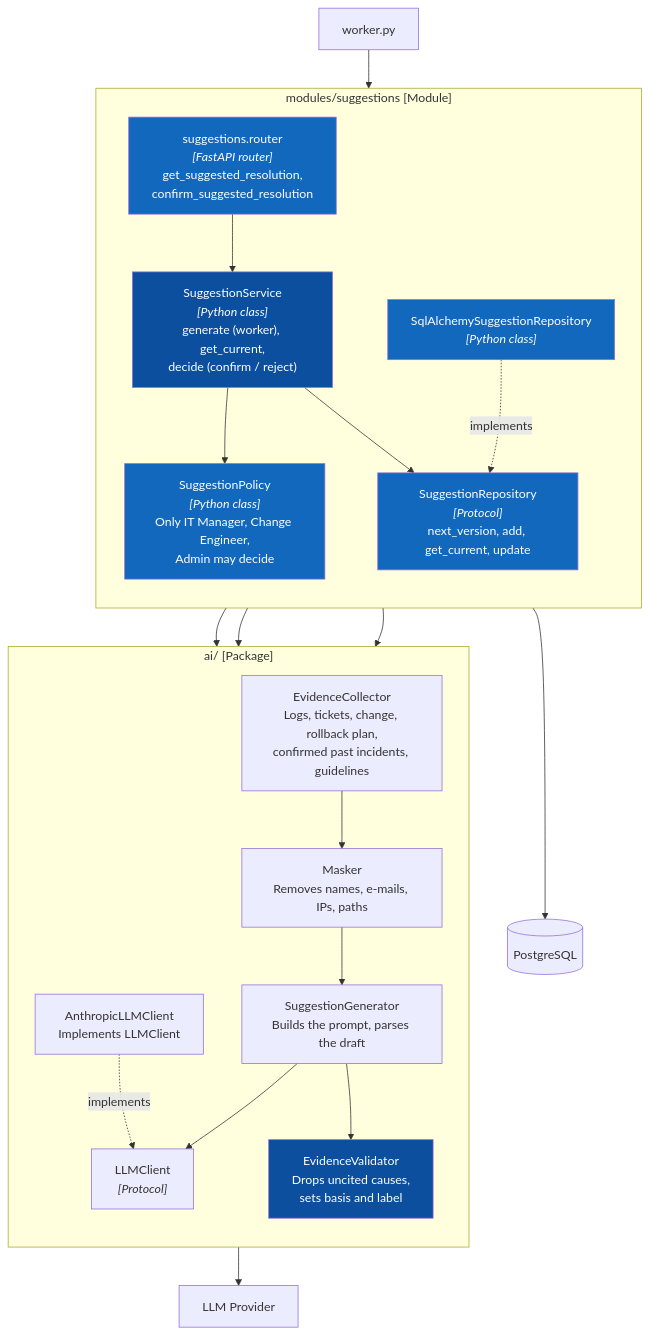
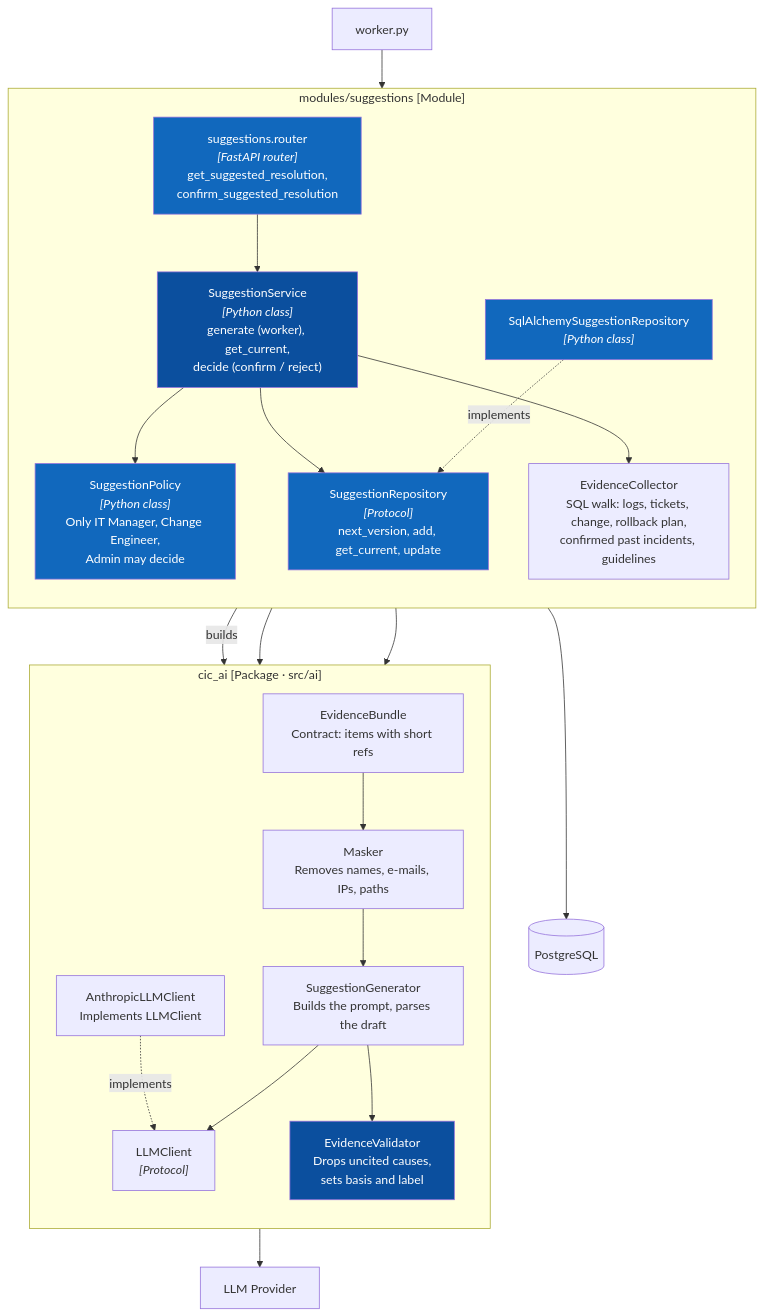
One commit to DuykoNgu/practise changed diagram 12 of 15 in README.md. Above: the diagram before and after it, drawn with Mermaid. The commit also changed other lines of this file and 16 other files, not shown here.

First line of the commit message:
Plan AI package split (src/ai, cic_ai) with terminal CLI, evals and metrics; update docs and project tracking

````diff
--- a/README.md
+++ b/README.md
@@ -800,46 +812,48 @@
 ```mermaid
 flowchart TB
     subgraph sugg["modules/suggestions [Module]"]
         direction TB
         router["suggestions.router<br/><i>[FastAPI router]</i><br/>get_suggested_resolution,<br/>confirm_suggested_resolution"]
         service["SuggestionService<br/><i>[Python class]</i><br/>generate (worker), get_current,<br/>decide (confirm / reject)"]
         policy["SuggestionPolicy<br/><i>[Python class]</i><br/>Only IT Manager, Change Engineer,<br/>Admin may decide"]
         repo["SuggestionRepository<br/><i>[Protocol]</i><br/>next_version, add, get_current, update"]
         impl["SqlAlchemySuggestionRepository<br/><i>[Python class]</i>"]
+        collector["EvidenceCollector<br/>SQL walk: logs, tickets, change, rollback plan,<br/>confirmed past incidents, guidelines"]
         router --> service
         service --> policy
         service --> repo
         impl -.->|"implements"| repo
     end
 
-    subgraph ai["ai/ [Package]"]
+    subgraph ai["cic_ai [Package · src/ai]"]
         direction TB
-        collector["EvidenceCollector<br/>Logs, tickets, change, rollback plan,<br/>confirmed past incidents, guidelines"]
+        bundle["EvidenceBundle<br/>Contract: items with short refs"]
         masker["Masker<br/>Removes names, e-mails, IPs, paths"]
         generator["SuggestionGenerator<br/>Builds the prompt, parses the draft"]
         llm["LLMClient<br/><i>[Protocol]</i>"]
         provider["AnthropicLLMClient<br/>Implements LLMClient"]
         validator["EvidenceValidator<br/>Drops uncited causes,<br/>sets basis and label"]
-        collector --> masker --> generator --> llm
+        bundle --> masker --> generator --> llm
         provider -.->|"implements"| llm
         generator --> validator
     end
 
     worker["worker.py"]
     db[("PostgreSQL")]
     ext["LLM Provider"]
 
     worker --> service
     service --> collector
+    collector -->|"builds"| bundle
     service --> generator
     service --> validator
     impl --> db
     provider --> ext
 
     style service fill:#0b4f9e,color:#fff
     style validator fill:#0b4f9e,color:#fff
     style router fill:#1168bd,color:#fff
     style policy fill:#1168bd,color:#fff
     style repo fill:#1168bd,color:#fff
     style impl fill:#1168bd,color:#fff
 ```
````
